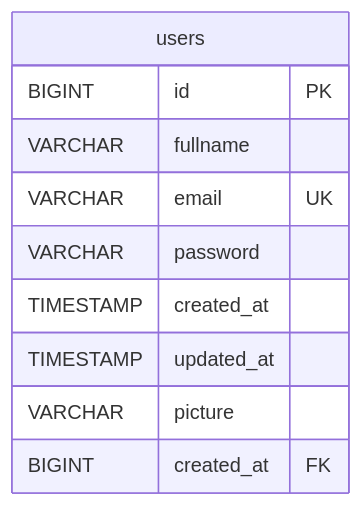
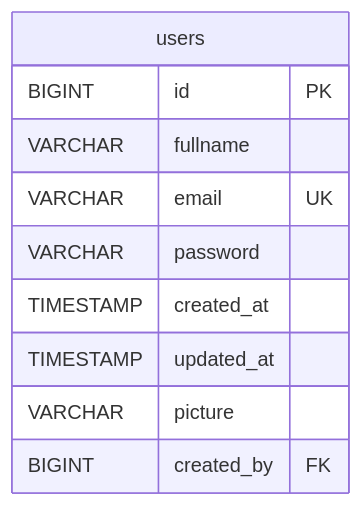
One commit to dimastadeoo/koda-b8-backend2 changed the diagram in readme.md. Above: the diagram before and after it, drawn with Mermaid.

Commit message:
fix: Update database schema to correct foreign key reference for created_by

````diff
--- a/readme.md
+++ b/readme.md
@@ -186,13 +186,13 @@
 ```mermaid
 erDiagram
     users {
         BIGINT id PK
         VARCHAR fullname
         VARCHAR email UK
         VARCHAR password
         TIMESTAMP created_at
         TIMESTAMP updated_at
         VARCHAR picture
-        BIGINT created_at FK
+        BIGINT created_by FK
     }
 ```
````
